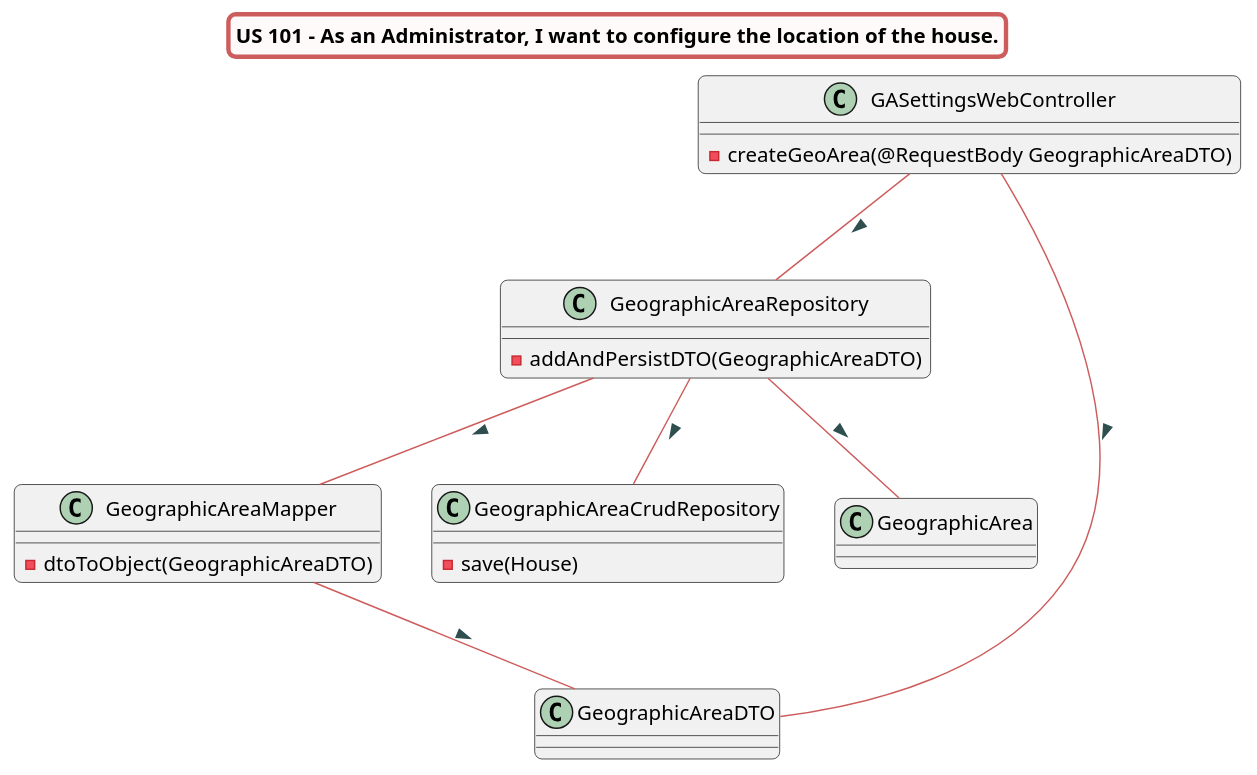
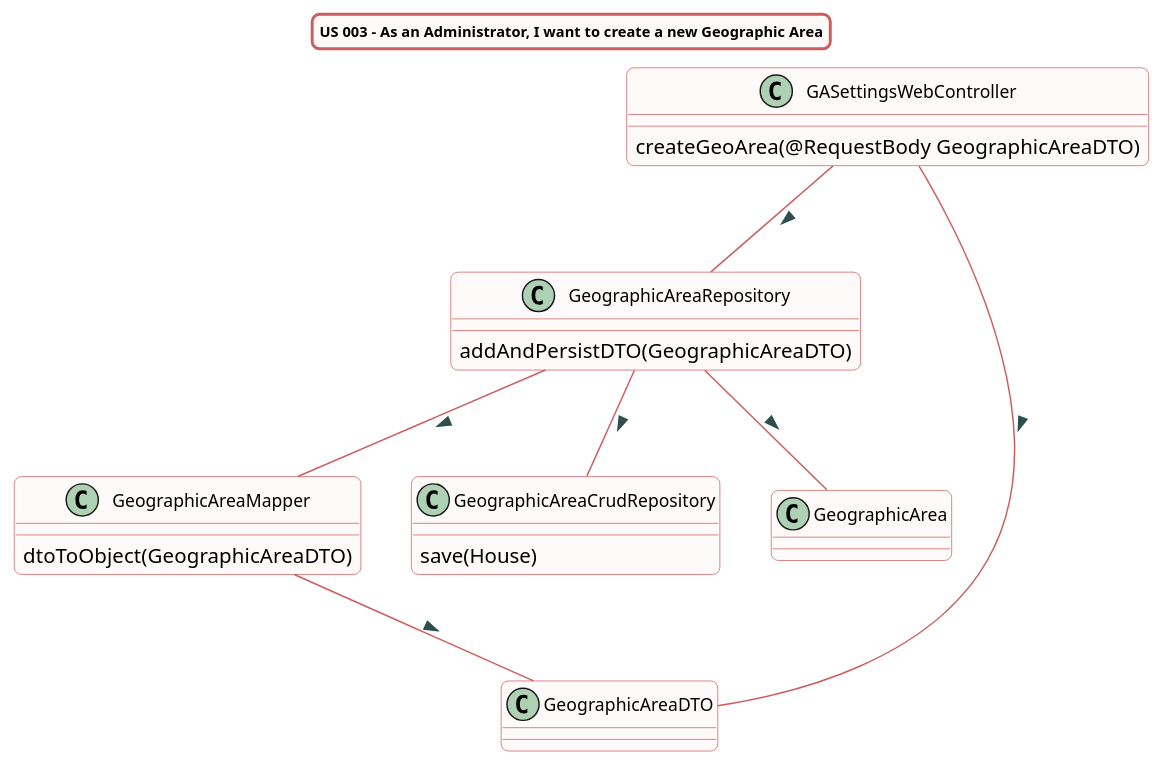
The diagram in src/doc/WEB_Controllers/GASettings/US003/US003_cd_GASettings.puml (Almadanmp/project), drawn with PlantUML before and after one commit. The commit also changed 15 other files, not shown here.

```diff
--- a/src/doc/WEB_Controllers/GASettings/US003/US003_cd_GASettings.puml
+++ b/src/doc/WEB_Controllers/GASettings/US003/US003_cd_GASettings.puml
@@ -1,65 +1,60 @@
 @startuml
 
-title US 101 - As an Administrator, I want to configure the location of the house.
-
+title US 003 - As an Administrator, I want to create a new Geographic Area
 skinparam titleBorderRoundCorner 10
-skinparam titleBorderThickness 3
+skinparam titleBorderThickness 2
 skinparam titleBorderColor indianred
-skinparam titleBackgroundColor snow
+skinparam titleBackgroundColor Snow
 skinparam FontName quicksand
-
-skinparam actor {
-  BorderColor indianred
-  backgroundColor Snow
-  }
-
-skinparam sequence {
-  LifeLineBackgroundColor indianred
-  ParticipantBackgroundColor snow
-}
-
+skinparam titleFontSize 10
 skinparam roundcorner 10
 
-skinparam component {
-  arrowThickness 1
+
+skinparam class {
+ BorderColor indianred
+ BackgroundColor indianred
+ BackgroundColor Snow
+  roundcorner 10
   ArrowFontName Verdana
   ArrowColor indianred
   ArrowFontColor darkslategrey
+  FontSize 12
 }
+
 
 
 class GASettingsWebController
 class GeographicAreaRepository
 class GeographicAreaMapper
 class GeographicAreaCrudRepository
 class GeographicAreaDTO
 class GeographicArea
 
 GASettingsWebController -- GeographicAreaRepository : >
 GASettingsWebController -- GeographicAreaDTO : >
 
 GeographicAreaRepository -- GeographicAreaCrudRepository : >
 GeographicAreaRepository -- GeographicArea : >
 GeographicAreaRepository -- GeographicAreaMapper : >
 GeographicAreaMapper -- GeographicAreaDTO : >
 
 
 
 class GASettingsWebController {
--createGeoArea(@RequestBody GeographicAreaDTO)
+createGeoArea(@RequestBody GeographicAreaDTO)
 }
 
 class GeographicAreaMapper{
-- dtoToObject(GeographicAreaDTO)
+dtoToObject(GeographicAreaDTO)
 }
 
 class GeographicAreaRepository {
-- addAndPersistDTO(GeographicAreaDTO)
+addAndPersistDTO(GeographicAreaDTO)
 }
 
 
 class GeographicAreaCrudRepository{
-- save(House)
+save(House)
 }
 
 @enduml
```
